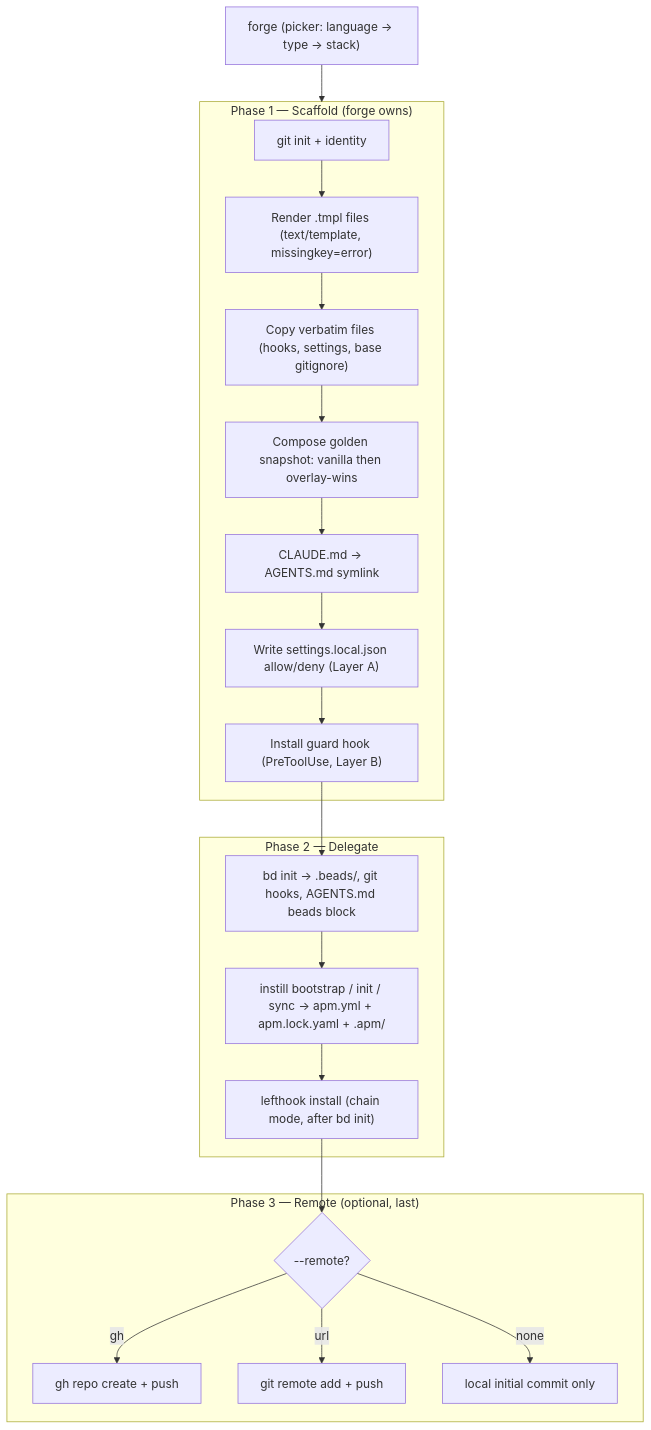
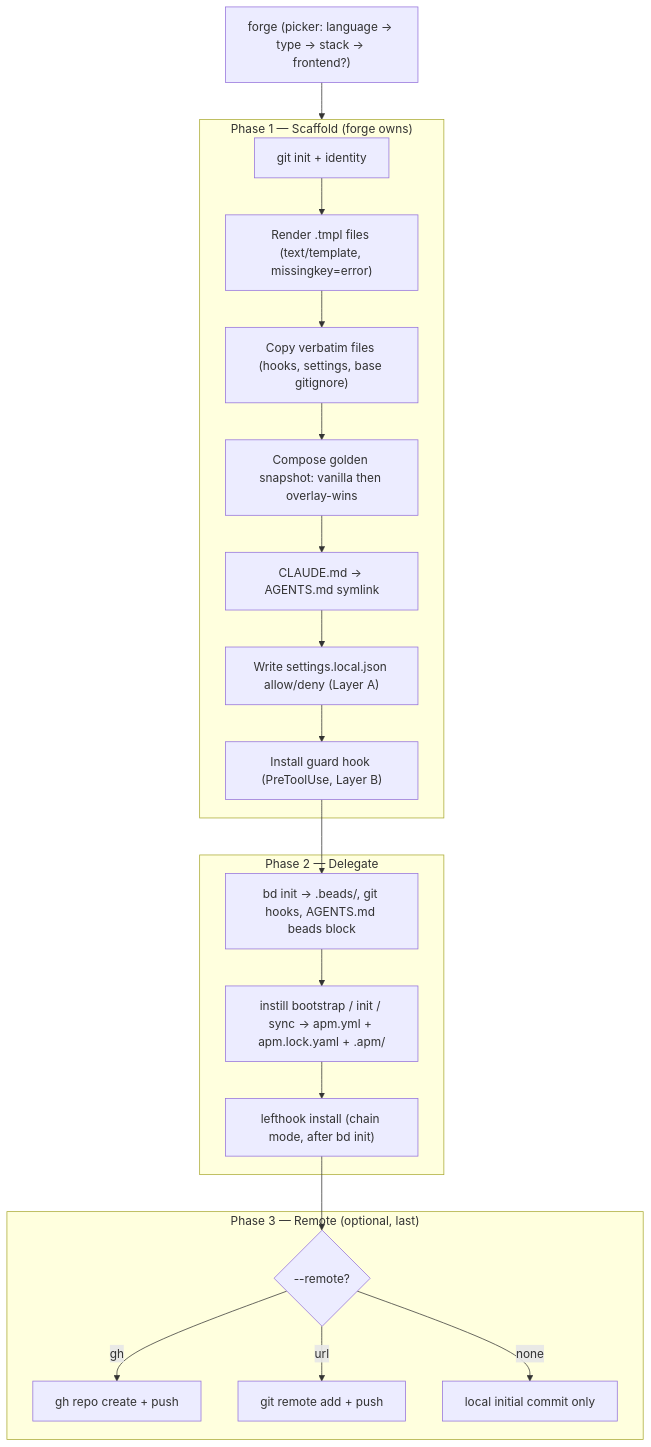
One commit to AvogadroSG1/agentic_template_start changed the first of 2 diagrams in docs/SPEC.md. Above: the diagram before and after it, drawn with Mermaid. The commit also changed other lines of this file and 145 other files, not shown here.

````diff
--- a/docs/SPEC.md
+++ b/docs/SPEC.md
@@ -76,23 +77,23 @@
 ```mermaid
 flowchart TD
-    A["forge (picker: language → type → stack)"] --> P1
+    A["forge (picker: language → type → stack → frontend?)"] --> P1
     subgraph P1["Phase 1 — Scaffold (forge owns)"]
         B["git init + identity"] --> C["Render .tmpl files (text/template, missingkey=error)"]
         C --> D["Copy verbatim files (hooks, settings, base gitignore)"]
         D --> E["Compose golden snapshot: vanilla then overlay-wins"]
         E --> F["CLAUDE.md → AGENTS.md symlink"]
         F --> G["Write settings.local.json allow/deny (Layer A)"]
         G --> H["Install guard hook (PreToolUse, Layer B)"]
     end
     subgraph P2["Phase 2 — Delegate"]
         H --> I["bd init → .beads/, git hooks, AGENTS.md beads block"]
         I --> J["instill bootstrap / init / sync → apm.yml + apm.lock.yaml + .apm/"]
         J --> K["lefthook install (chain mode, after bd init)"]
     end
     subgraph P3["Phase 3 — Remote (optional, last)"]
         K --> L{"--remote?"}
         L -->|gh| M["gh repo create + push"]
         L -->|url| N["git remote add + push"]
         L -->|none| O["local initial commit only"]
     end
 ```
````
